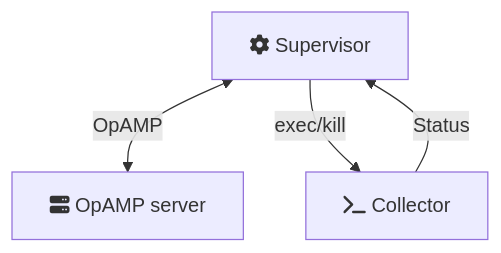
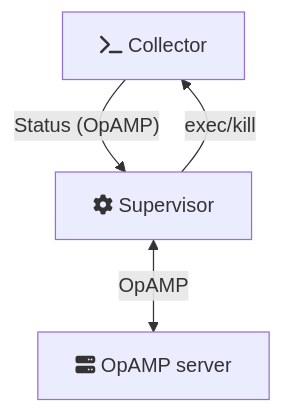
One commit to evan-bradley/supervisor-talk changed the diagram in diagram/supervised-control.mmd. Above: the diagram before and after it, drawn with Mermaid. The commit also changed 1 other file, not shown here.

Commit message:
Reorganize architecture diagrams

```diff
--- a/diagram/supervised-control.mmd
+++ b/diagram/supervised-control.mmd
@@ -1,13 +1,13 @@
 flowchart TB
-    supervisor["fa:fa-gear Supervisor"]
     server["fa:fa-server OpAMP server"]
     collector["fa:fa-terminal Collector"]
+    supervisor["fa:fa-gear Supervisor"]
 
+    collector -->|"Status (OpAMP)"| supervisor
     supervisor <-->|OpAMP| server
     supervisor -->|exec/kill| collector
-    collector -->|Status| supervisor
 
 
 class supervisor,collector,server box;
 %% class PR,main,Release,uu,Hotfix,Testing,release2,artifacts rounded;
 %% class upstream,distro container;
```
